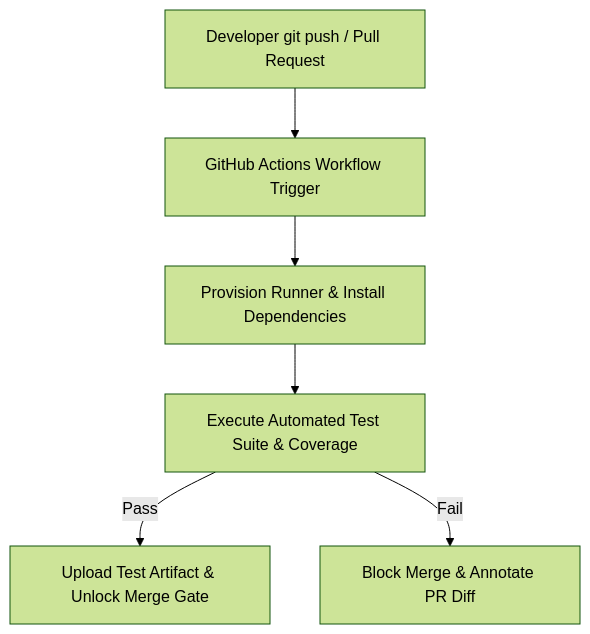
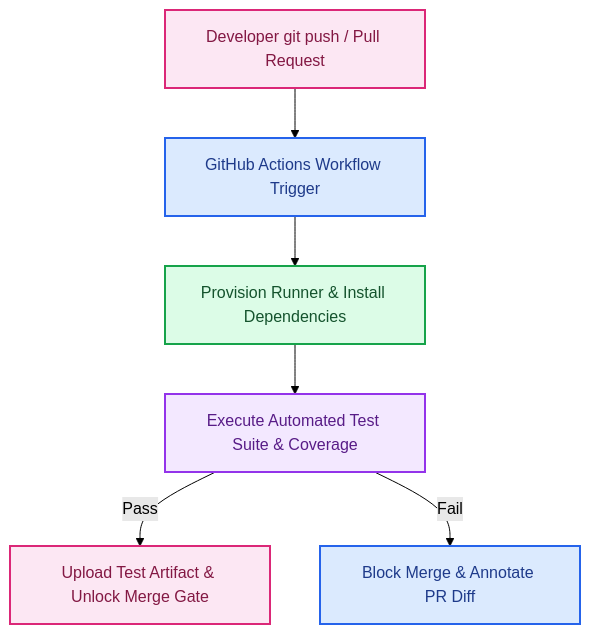
The diagram in README.md (RobinaMirbahar/skills-test-with-actions), drawn with Mermaid (forest theme) before and after one commit. The commit also changed other lines of this file, not shown here.

Commit message:
docs: add 3-line Author & Companion Publication header, color-coded Mermaid diagram, and remove repetitive footer

````diff
--- a/README.md
+++ b/README.md
@@ -23,8 +23,14 @@
 ```mermaid
 flowchart TD
     A["Developer git push / Pull Request"] --> B["GitHub Actions Workflow Trigger"]
     B --> C["Provision Runner & Install Dependencies"]
     C --> D["Execute Automated Test Suite & Coverage"]
     D -->|Pass| E["Upload Test Artifact & Unlock Merge Gate"]
     D -->|Fail| F["Block Merge & Annotate PR Diff"]
+    style A fill:#fce7f3,stroke:#db2777,stroke-width:2px,color:#831843
+    style B fill:#dbeafe,stroke:#2563eb,stroke-width:2px,color:#1e3a8a
+    style C fill:#dcfce7,stroke:#16a34a,stroke-width:2px,color:#14532d
+    style D fill:#f3e8ff,stroke:#9333ea,stroke-width:2px,color:#581c87
+    style E fill:#fce7f3,stroke:#db2777,stroke-width:2px,color:#831843
+    style F fill:#dbeafe,stroke:#2563eb,stroke-width:2px,color:#1e3a8a
 ```
````
